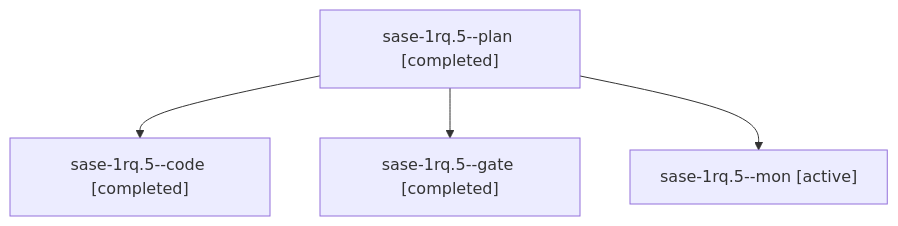
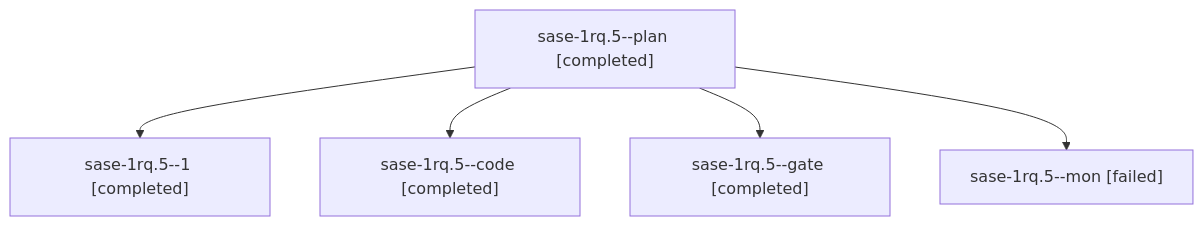
The diagram in sessions/bbugyi200.athena.sase-1rq.5.md (sase-org/sase--agents), drawn with Mermaid before and after one commit. The commit also changed other lines of this file and 91 other files, not shown here.

````diff
--- a/sessions/bbugyi200.athena.sase-1rq.5.md
+++ b/sessions/bbugyi200.athena.sase-1rq.5.md
@@ -9,10 +9,12 @@
 ```mermaid
 flowchart TD
   n0["sase-1rq.5--plan [completed]"]
-  n1["sase-1rq.5--code [completed]"]
+  n1["sase-1rq.5--1 [completed]"]
   n0 --> n1
-  n2["sase-1rq.5--gate [completed]"]
+  n2["sase-1rq.5--code [completed]"]
   n0 --> n2
-  n3["sase-1rq.5--mon [active]"]
+  n3["sase-1rq.5--gate [completed]"]
   n0 --> n3
+  n4["sase-1rq.5--mon [failed]"]
+  n0 --> n4
 ```
````
